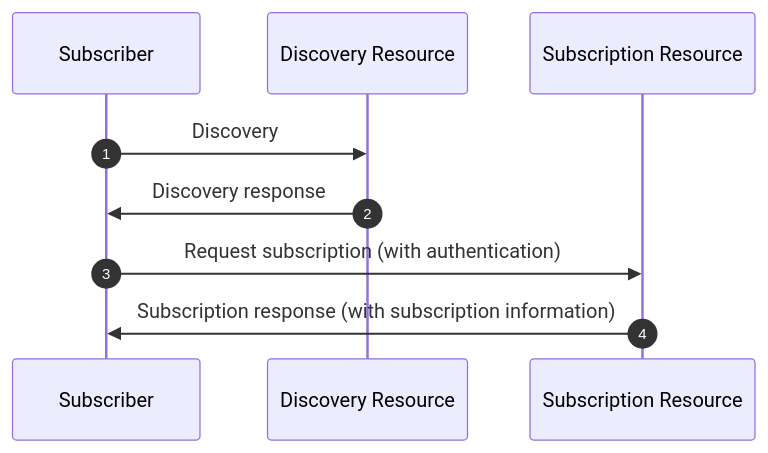
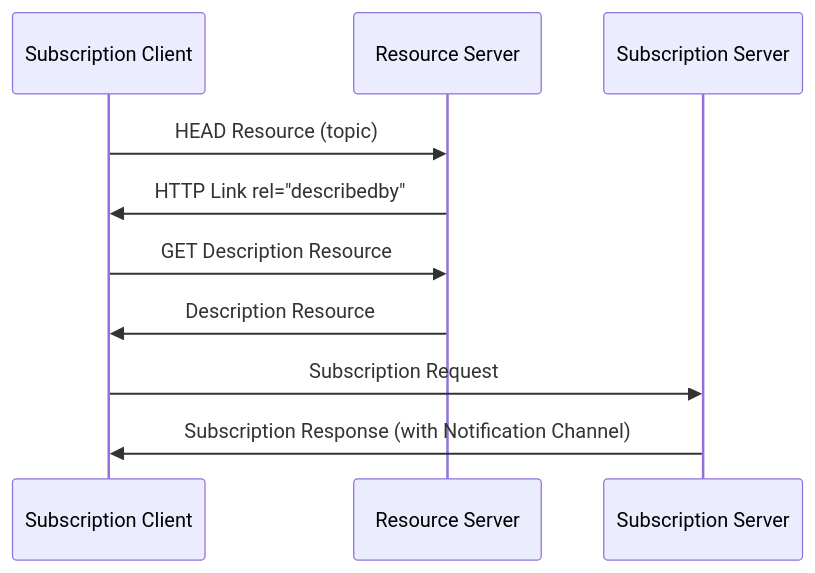
Before and after one commit to solid/notifications: the diagram in notifications-flow-protocol.mmd, drawn with Mermaid. The commit also changed 2 other files, not shown here.

Commit message:
update sequence diagrams

```diff
--- a/notifications-flow-protocol.mmd
+++ b/notifications-flow-protocol.mmd
@@ -1,10 +1,11 @@
 sequenceDiagram
-  autonumber
-  participant Subscriber
-  participant Discovery Resource
-  participant Subscription Resource
+  participant Subscription Client
+  participant Resource Server
+  participant Subscription Server
 
-  Subscriber ->> Discovery Resource: Discovery
-  Discovery Resource ->> Subscriber: Discovery response
-  Subscriber ->> Subscription Resource: Request subscription (with authentication)
-  Subscription Resource ->> Subscriber: Subscription response (with subscription information)
+  Subscription Client ->> Resource Server: HEAD Resource (topic)
+  Resource Server ->> Subscription Client: HTTP Link rel="describedby"
+  Subscription Client ->> Resource Server: GET Description Resource
+  Resource Server ->> Subscription Client: Description Resource
+  Subscription Client ->> Subscription Server: Subscription Request
+  Subscription Server ->> Subscription Client: Subscription Response (with Notification Channel)
```
